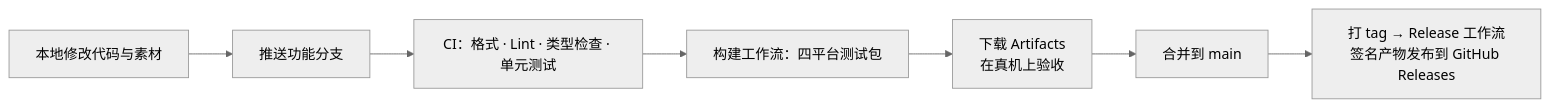
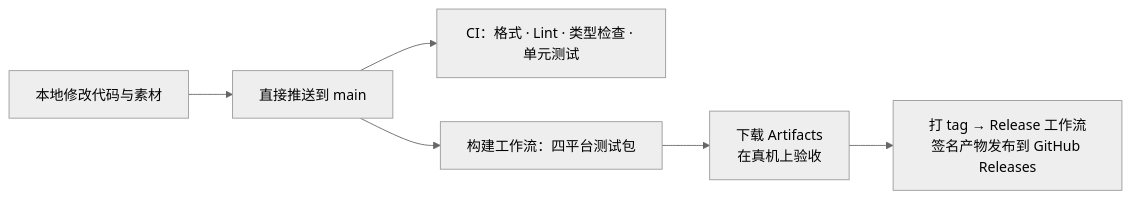
Before and after one commit to Chaosnap/Yohaku: the diagram in docs/yohaku/03-roadmap.md, drawn with Mermaid (neutral theme). The commit also changed other lines of this file and 4 other files, not shown here.

````diff
--- a/docs/yohaku/03-roadmap.md
+++ b/docs/yohaku/03-roadmap.md
@@ -26,9 +26,8 @@
 ```mermaid
 flowchart LR
-  A["本地修改代码与素材"] --> B["推送功能分支"]
+  A["本地修改代码与素材"] --> B["直接推送到 main"]
   B --> C["CI：格式 · Lint · 类型检查 · 单元测试"]
-  C --> D["构建工作流：四平台测试包"]
+  B --> D["构建工作流：四平台测试包"]
   D --> E["下载 Artifacts<br/>在真机上验收"]
-  E --> F["合并到 main"]
-  F --> G["打 tag → Release 工作流<br/>签名产物发布到 GitHub Releases"]
+  E --> G["打 tag → Release 工作流<br/>签名产物发布到 GitHub Releases"]
 ```
````
